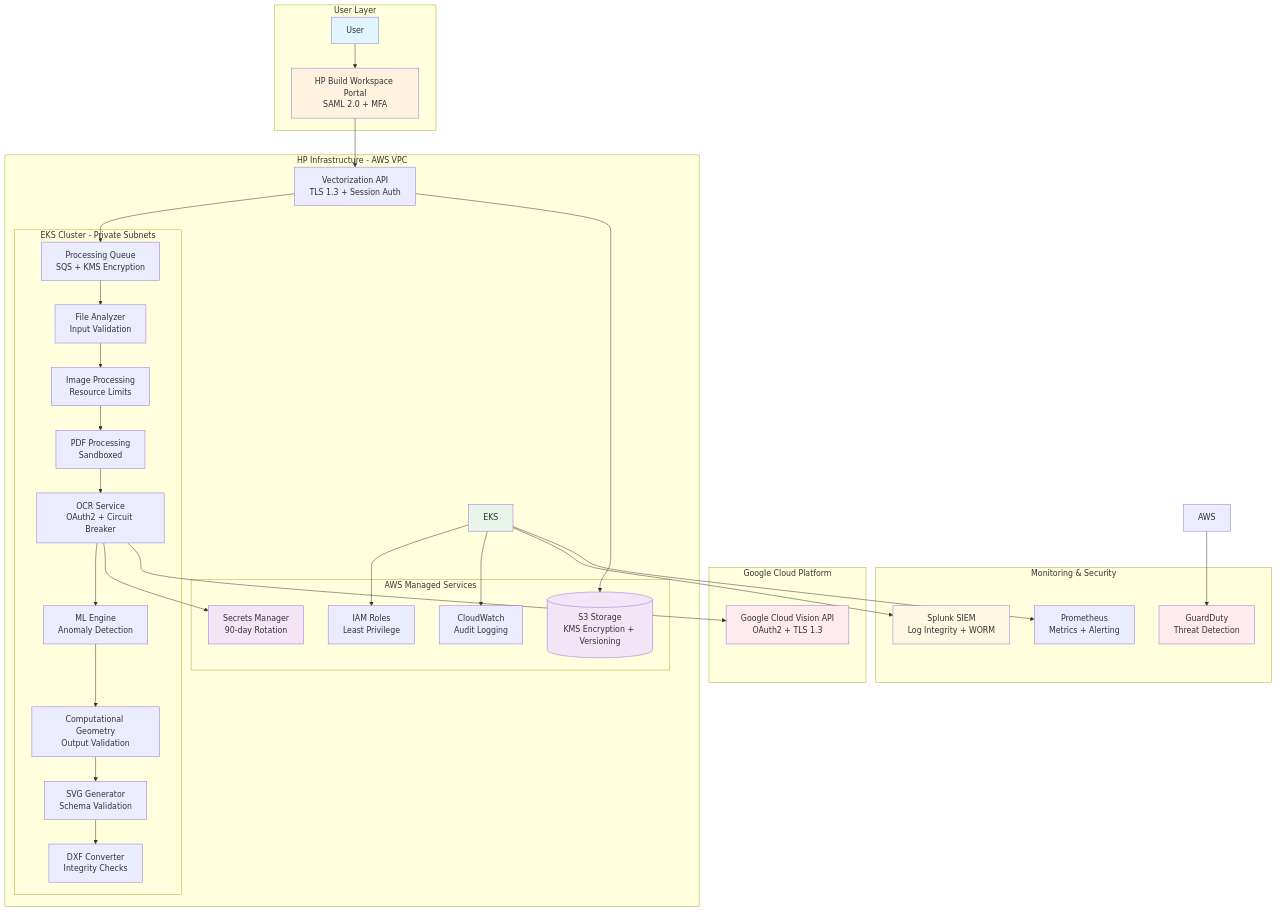
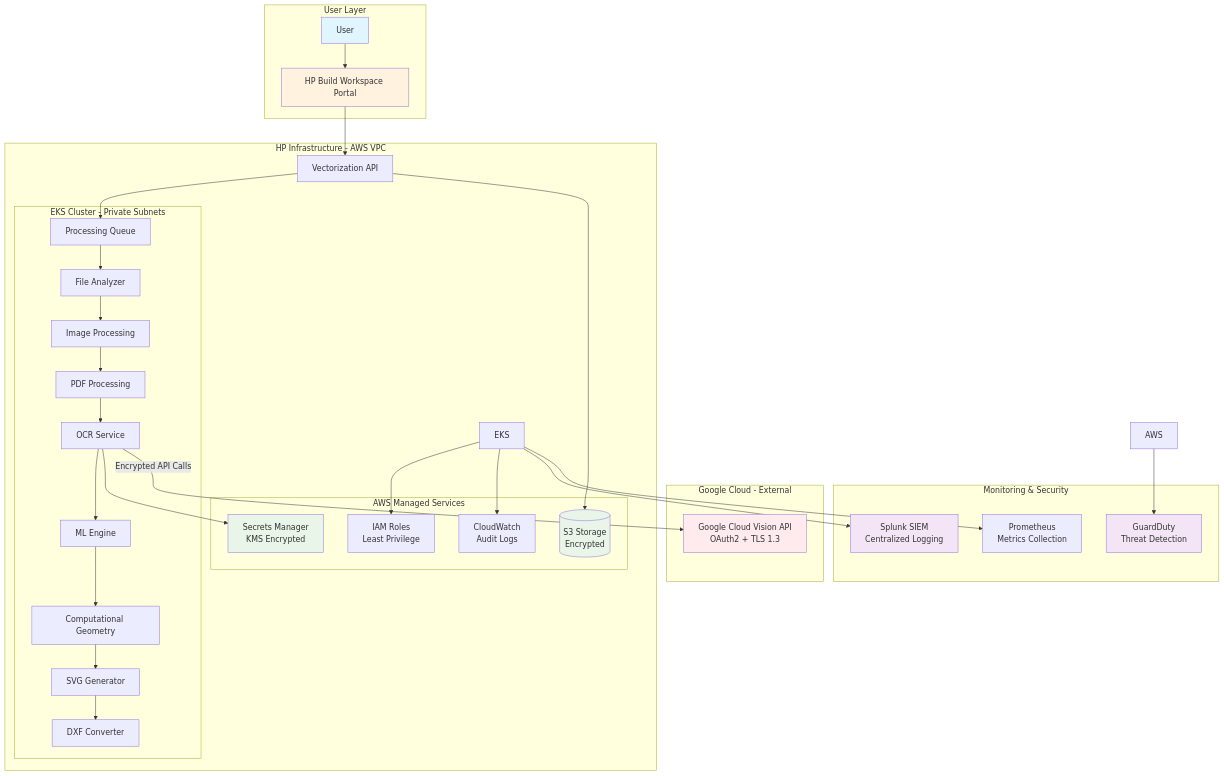
Before and after one commit to apoorvsharmawork1910-cell/new_test: the first of 6 diagrams in new01_consolidate_output.md, drawn with Mermaid. The commit also changed other lines of this file, not shown here.

````diff
--- a/new01_consolidate_output.md
+++ b/new01_consolidate_output.md
@@ -71,59 +83,58 @@
 ```mermaid
 graph TB
     subgraph "User Layer"
-        U[User] --> BWP[HP Build Workspace Portal<br/>SAML 2.0 + MFA]
+        U[User] --> BWP[HP Build Workspace Portal]
     end
     
     subgraph "HP Infrastructure - AWS VPC"
-        BWP --> API[Vectorization API<br/>TLS 1.3 + Session Auth]
-        API --> Q[Processing Queue<br/>SQS + KMS Encryption]
+        BWP --> API[Vectorization API]
+        API --> Q[Processing Queue]
         
         subgraph "EKS Cluster - Private Subnets"
-            Q --> FA[File Analyzer<br/>Input Validation]
-            FA --> IP[Image Processing<br/>Resource Limits]
-            IP --> PP[PDF Processing<br/>Sandboxed]
-            PP --> OCR[OCR Service<br/>OAuth2 + Circuit Breaker]
-            OCR --> ML[ML Engine<br/>Anomaly Detection]
-            ML --> CG[Computational Geometry<br/>Output Validation]
-            CG --> SVG[SVG Generator<br/>Schema Validation]
-            SVG --> DXF[DXF Converter<br/>Integrity Checks]
+            Q --> FA[File Analyzer]
+            FA --> IP[Image Processing]
+            IP --> PP[PDF Processing]
+            PP --> OCR[OCR Service]
+            OCR --> ML[ML Engine]
+            ML --> CG[Computational Geometry]
+            CG --> SVG[SVG Generator]
+            SVG --> DXF[DXF Converter]
         end
         
         subgraph "AWS Managed Services"
-            S3[(S3 Storage<br/>KMS Encryption + Versioning)]
-            SM[Secrets Manager<br/>90-day Rotation]
+            S3[(S3 Storage<br/>Encrypted)]
+            SM[Secrets Manager<br/>KMS Encrypted]
             IAM[IAM Roles<br/>Least Privilege]
-            CW[CloudWatch<br/>Audit Logging]
+            CW[CloudWatch<br/>Audit Logs]
         end
         
         OCR --> SM
         API --> S3
         EKS --> IAM
         EKS --> CW
     end
     
-    subgraph "Google Cloud Platform"
+    subgraph "Google Cloud - External"
         GCV[Google Cloud Vision API<br/>OAuth2 + TLS 1.3]
     end
     
-    OCR --> GCV
+    OCR -->|Encrypted API Calls| GCV
     
     subgraph "Monitoring & Security"
-        SP[Splunk SIEM<br/>Log Integrity + WORM]
-        PR[Prometheus<br/>Metrics + Alerting]
+        SP[Splunk SIEM<br/>Centralized Logging]
+        PR[Prometheus<br/>Metrics Collection]
         GD[GuardDuty<br/>Threat Detection]
     end
     
     EKS --> SP
     EKS --> PR
     AWS --> GD
     
     style U fill:#e1f5fe
     style BWP fill:#fff3e0
     style GCV fill:#ffebee
-    style EKS fill:#e8f5e8
-    style S3 fill:#f3e5f5
-    style SM fill:#f3e5f5
-    style SP fill:#fff8e1
-    style GD fill:#ffebee
+    style S3 fill:#e8f5e8
+    style SM fill:#e8f5e8
+    style SP fill:#f3e5f5
+    style GD fill:#f3e5f5
 ```
````
